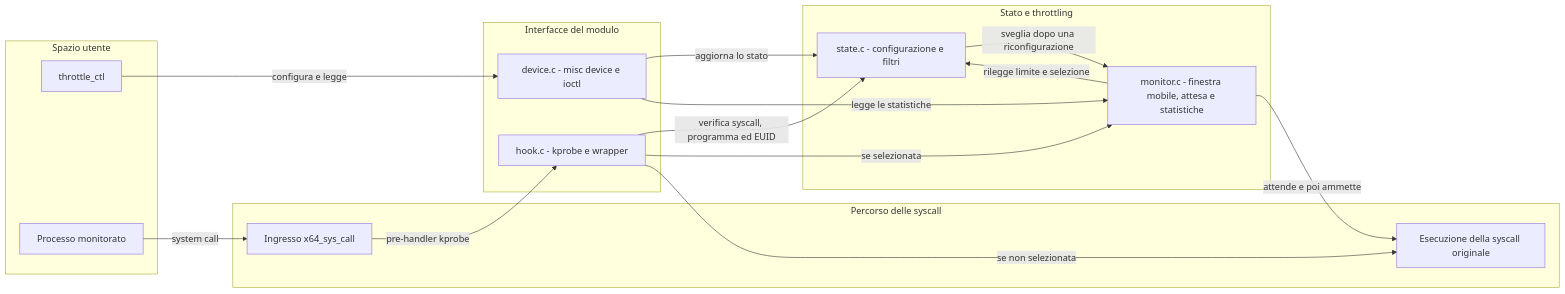
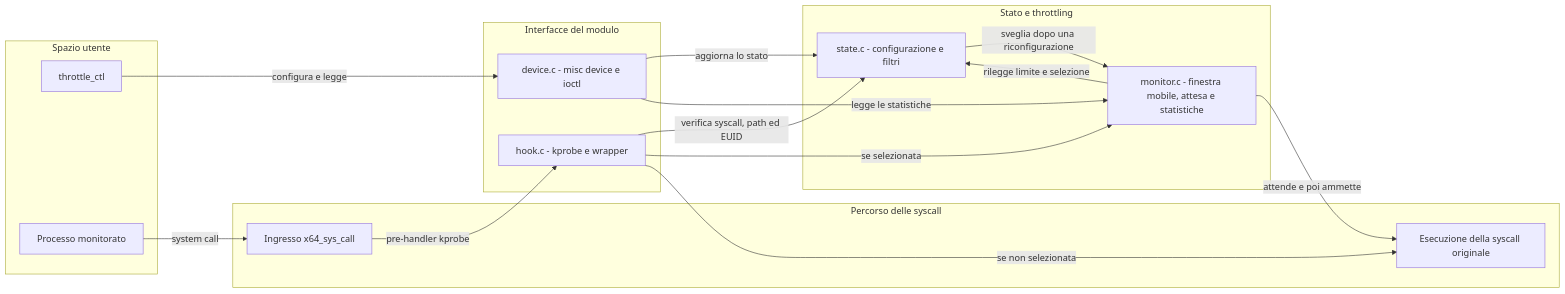
One commit to Ralisin/syscall-throttling changed the diagram in docs/ARCHITETTURA.md. Above: the diagram before and after it, drawn with Mermaid. The commit also changed other lines of this file and 11 other files, not shown here.

````diff
--- a/docs/ARCHITETTURA.md
+++ b/docs/ARCHITETTURA.md
@@ -7,35 +7,35 @@
 ```mermaid
 flowchart LR
     subgraph userSpace ["Spazio utente"]
         throttleCtl["throttle_ctl"]
         task["Processo monitorato"]
     end
 
     subgraph moduleInterface ["Interfacce del modulo"]
         device["device.c - misc device e ioctl"]
         hook["hook.c - kprobe e wrapper"]
     end
 
     subgraph moduleCore ["Stato e throttling"]
         state["state.c - configurazione e filtri"]
         monitor["monitor.c - finestra mobile, attesa e statistiche"]
     end
 
     subgraph kernelPath ["Percorso delle syscall"]
         dispatcher["Ingresso x64_sys_call"]
         execution["Esecuzione della syscall originale"]
     end
 
     throttleCtl -->|"configura e legge"| device
     device -->|"aggiorna lo stato"| state
     device -->|"legge le statistiche"| monitor
 
     task -->|"system call"| dispatcher
     dispatcher -->|"pre-handler kprobe"| hook
-    hook -->|"verifica syscall, programma ed EUID"| state
+    hook -->|"verifica syscall, path ed EUID"| state
     hook -->|"se selezionata"| monitor
     hook -->|"se non selezionata"| execution
     monitor -->|"rilegge limite e selezione"| state
     state -->|"sveglia dopo una riconfigurazione"| monitor
     monitor -->|"attende e poi ammette"| execution
 ```
````
